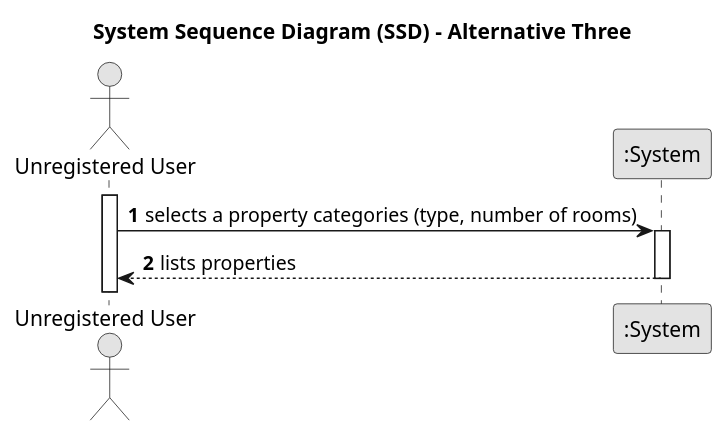
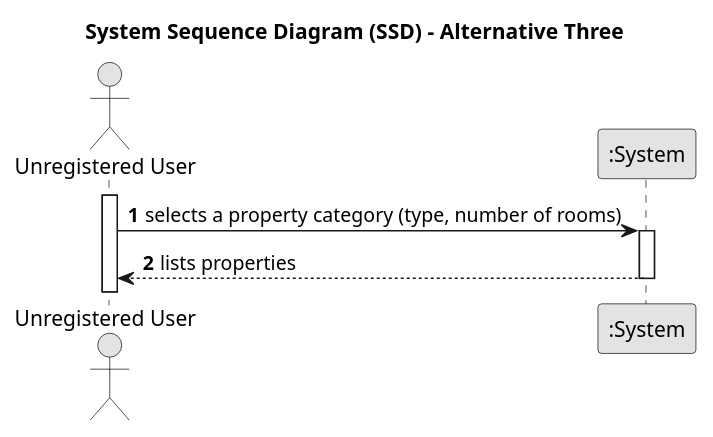
Before and after one commit to Goncalves2525/real-estate-management-system: the diagram in docs/sprintA/us001/01.requirements-engineering/puml/us001-system-sequence-diagram-alternative-three.puml, drawn with PlantUML. The commit also changed 3 other files, not shown here.

```diff
--- a/docs/sprintA/us001/01.requirements-engineering/puml/us001-system-sequence-diagram-alternative-three.puml
+++ b/docs/sprintA/us001/01.requirements-engineering/puml/us001-system-sequence-diagram-alternative-three.puml
@@ -1,24 +1,24 @@
 @startuml
 skinparam monochrome true
 skinparam packageStyle rectangle
 skinparam shadowing false
 
 title System Sequence Diagram (SSD) - Alternative Three
 
 autonumber
 
 actor "Unregistered User" as User
 participant ":System" as System
 
 activate User
 
-    User -> System : selects a property categories (type, number of rooms)
+    User -> System : selects a property category (type, number of rooms)
     activate System
 
         System --> User : lists properties
     deactivate System
 
 
 
 
 @enduml
```
